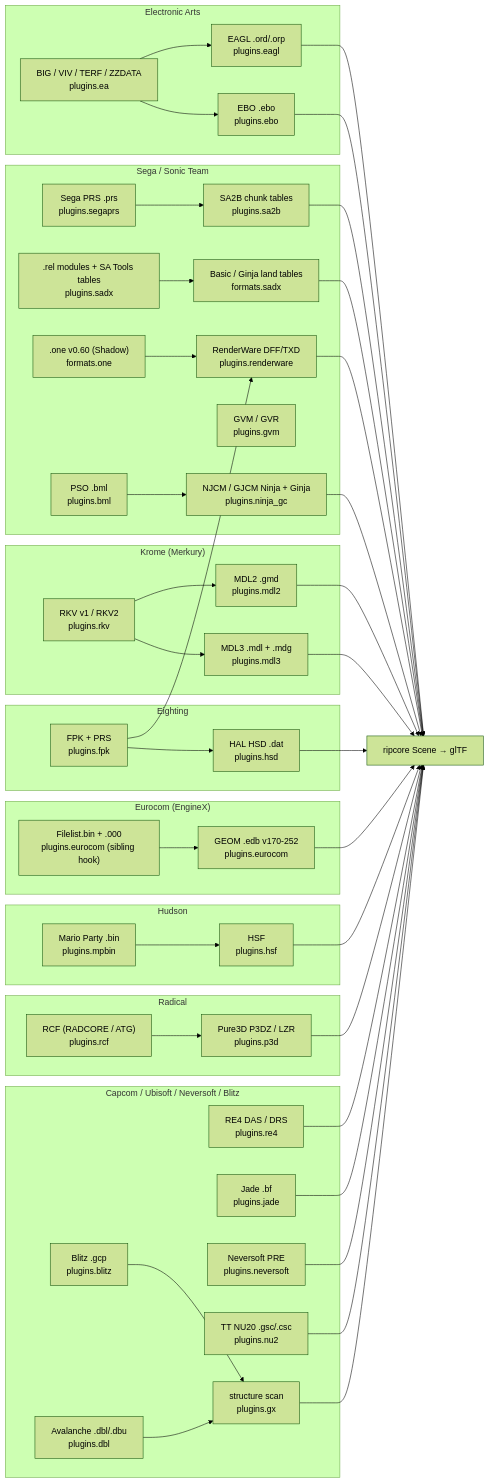
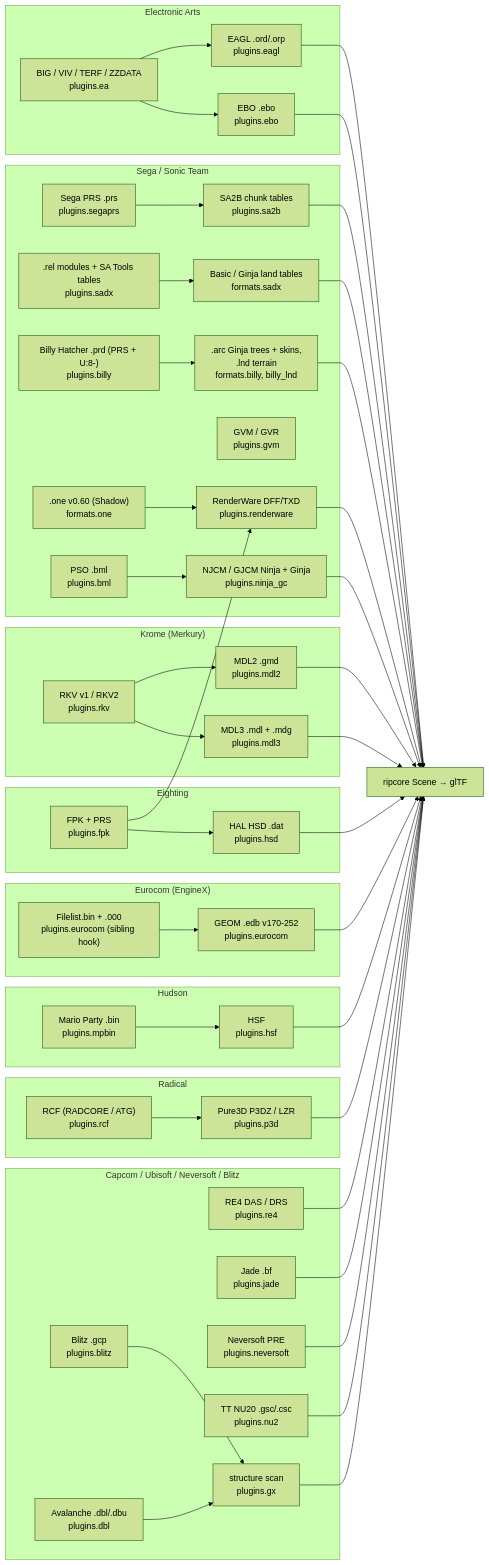
One commit to Felbs/3d-ripper-9000 changed the eighth of 9 diagrams in docs/PIPELINE.md. Above: the diagram before and after it, drawn with Mermaid (forest theme). The commit also changed other lines of this file and 1 other file, not shown here.

First line of the commit message:
docs: Billy Hatcher engine-map node, pipeline prose and Sonic Team note

````diff
--- a/docs/PIPELINE.md
+++ b/docs/PIPELINE.md
@@ -173,40 +173,41 @@
 ```mermaid
 flowchart LR
     subgraph EA["Electronic Arts"]
         BIG["BIG / VIV / TERF / ZZDATA<br/>plugins.ea"] --> EAGL["EAGL .ord/.orp<br/>plugins.eagl"]
         BIG --> EBO["EBO .ebo<br/>plugins.ebo"]
     end
     subgraph SEGA["Sega / Sonic Team"]
         PRS["Sega PRS .prs<br/>plugins.segaprs"] --> SA2B["SA2B chunk tables<br/>plugins.sa2b"]
         ONE[".one v0.60 (Shadow)<br/>formats.one"] --> RW["RenderWare DFF/TXD<br/>plugins.renderware"]
         BML["PSO .bml<br/>plugins.bml"] --> NJ["NJCM / GJCM Ninja + Ginja<br/>plugins.ninja_gc"]
         GVM["GVM / GVR<br/>plugins.gvm"]
         REL[".rel modules + SA Tools tables<br/>plugins.sadx"] --> SADX["Basic / Ginja land tables<br/>formats.sadx"]
+        PRD["Billy Hatcher .prd (PRS + U:8-)<br/>plugins.billy"] --> BILLY[".arc Ginja trees + skins,<br/>.lnd terrain<br/>formats.billy, billy_lnd"]
     end
     subgraph KROME["Krome (Merkury)"]
         RKV["RKV v1 / RKV2<br/>plugins.rkv"] --> MDL2["MDL2 .gmd<br/>plugins.mdl2"]
         RKV --> MDL3["MDL3 .mdl + .mdg<br/>plugins.mdl3"]
     end
     subgraph EIGHT["Eighting"]
         FPK["FPK + PRS<br/>plugins.fpk"] --> HSD["HAL HSD .dat<br/>plugins.hsd"]
         FPK --> RW
     end
     subgraph EURO["Eurocom (EngineX)"]
         FL["Filelist.bin + .000<br/>plugins.eurocom (sibling hook)"] --> EDB["GEOM .edb v170-252<br/>plugins.eurocom"]
     end
     subgraph HUDSON["Hudson"]
         MPB["Mario Party .bin<br/>plugins.mpbin"] --> HSF["HSF<br/>plugins.hsf"]
     end
     subgraph RADICAL["Radical"]
         RCF["RCF (RADCORE / ATG)<br/>plugins.rcf"] --> P3D["Pure3D P3DZ / LZR<br/>plugins.p3d"]
     end
     subgraph OTHER["Capcom / Ubisoft / Neversoft / Blitz"]
         DAS["RE4 DAS / DRS<br/>plugins.re4"]
         BF["Jade .bf<br/>plugins.jade"]
         PRE["Neversoft PRE<br/>plugins.neversoft"]
         GCP["Blitz .gcp<br/>plugins.blitz"] --> GX["structure scan<br/>plugins.gx"]
         NU2["TT NU20 .gsc/.csc<br/>plugins.nu2"]
         DBL["Avalanche .dbl/.dbu<br/>plugins.dbl"] --> GX
     end
-    EAGL & EBO & SA2B & SADX & RW & NJ & MDL2 & MDL3 & HSD & EDB & HSF & P3D & DAS & BF & PRE & NU2 & GX --> SCENE["ripcore Scene → glTF"]
+    EAGL & EBO & SA2B & SADX & BILLY & RW & NJ & MDL2 & MDL3 & HSD & EDB & HSF & P3D & DAS & BF & PRE & NU2 & GX --> SCENE["ripcore Scene → glTF"]
 ```
````
